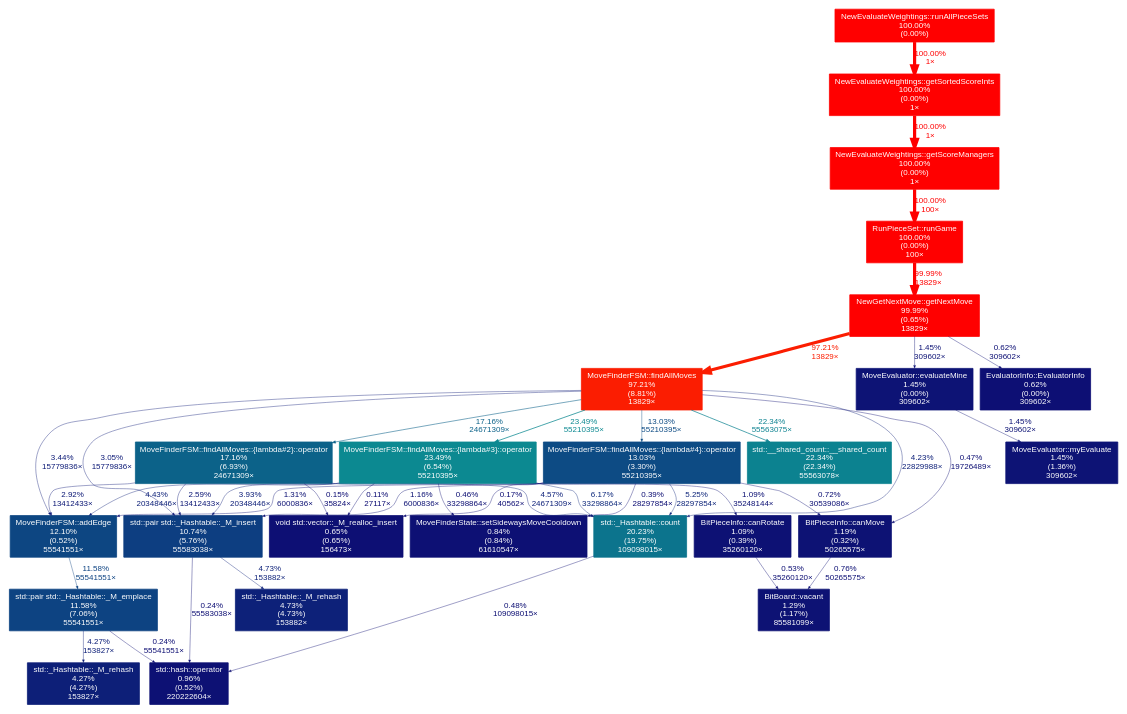
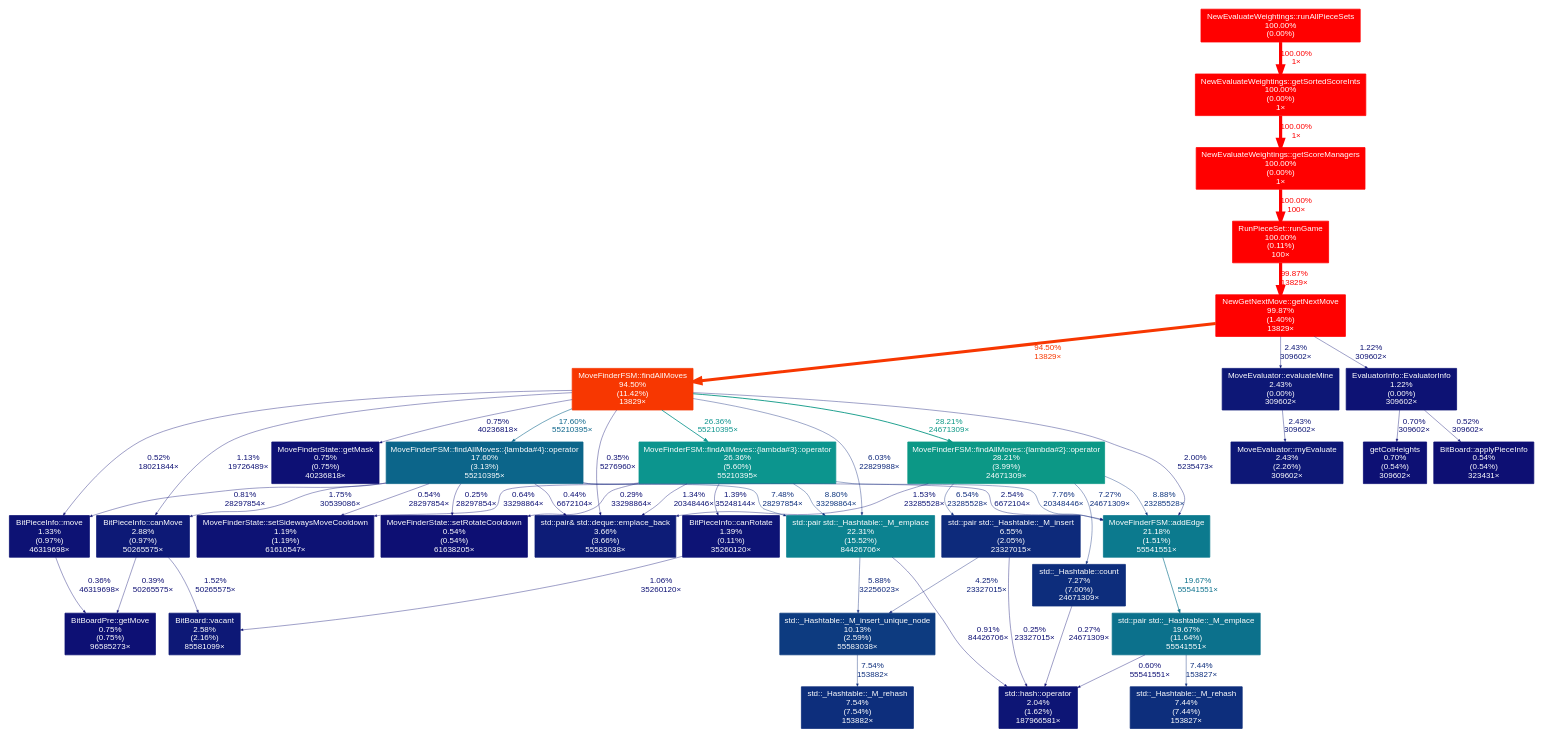
Before and after one commit to domsleee/tetrisai: the diagram in cpp/scripts/hi.dot, drawn with Graphviz. The commit also changed 9 other files, not shown here.

```diff
--- a/cpp/scripts/hi.dot
+++ b/cpp/scripts/hi.dot
@@ -8,63 +8,79 @@
 	2 -> 1 [arrowsize="1.00", color="#ff0000", fontcolor="#ff0000", fontsize="10.00", label="100.00%\n1×", labeldistance="4.00", penwidth="4.00"];
 	3 [color="#ff0000", fontcolor="#ffffff", fontsize="10.00", label="NewEvaluateWeightings::runAllPieceSets\n100.00%\n(0.00%)"];
 	3 -> 2 [arrowsize="1.00", color="#ff0000", fontcolor="#ff0000", fontsize="10.00", label="100.00%\n1×", labeldistance="4.00", penwidth="4.00"];
-	4 [color="#ff0000", fontcolor="#ffffff", fontsize="10.00", label="RunPieceSet::runGame\n100.00%\n(0.00%)\n100×"];
-	4 -> 5 [arrowsize="1.00", color="#ff0000", fontcolor="#ff0000", fontsize="10.00", label="99.99%\n13829×", labeldistance="4.00", penwidth="4.00"];
-	5 [color="#ff0000", fontcolor="#ffffff", fontsize="10.00", label="NewGetNextMove::getNextMove\n99.99%\n(0.65%)\n13829×"];
-	5 -> 6 [arrowsize="0.99", color="#fb1d01", fontcolor="#fb1d01", fontsize="10.00", label="97.21%\n13829×", labeldistance="3.89", penwidth="3.89"];
-	5 -> 18 [arrowsize="0.35", color="#0d1375", fontcolor="#0d1375", fontsize="10.00", label="1.45%\n309602×", labeldistance="0.50", penwidth="0.50"];
-	5 -> 25 [arrowsize="0.35", color="#0d0f74", fontcolor="#0d0f74", fontsize="10.00", label="0.62%\n309602×", labeldistance="0.50", penwidth="0.50"];
-	6 [color="#fb1d01", fontcolor="#ffffff", fontsize="10.00", label="MoveFinderFSM::findAllMoves\n97.21%\n(8.81%)\n13829×"];
-	6 -> 7 [arrowsize="0.48", color="#0c8991", fontcolor="#0c8991", fontsize="10.00", label="23.49%\n55210395×", labeldistance="0.94", penwidth="0.94"];
-	6 -> 8 [arrowsize="0.47", color="#0c8290", fontcolor="#0c8290", fontsize="10.00", label="22.34%\n55563075×", labeldistance="0.89", penwidth="0.89"];
-	6 -> 9 [arrowsize="0.35", color="#0d1f78", fontcolor="#0d1f78", fontsize="10.00", label="4.23%\n22829988×", labeldistance="0.50", penwidth="0.50"];
-	6 -> 10 [arrowsize="0.41", color="#0c6289", fontcolor="#0c6289", fontsize="10.00", label="17.16%\n24671309×", labeldistance="0.69", penwidth="0.69"];
-	6 -> 11 [arrowsize="0.36", color="#0d4b84", fontcolor="#0d4b84", fontsize="10.00", label="13.03%\n55210395×", labeldistance="0.52", penwidth="0.52"];
-	6 -> 12 [arrowsize="0.35", color="#0d1b77", fontcolor="#0d1b77", fontsize="10.00", label="3.44%\n15779836×", labeldistance="0.50", penwidth="0.50"];
-	6 -> 14 [arrowsize="0.35", color="#0d1a77", fontcolor="#0d1a77", fontsize="10.00", label="3.05%\n15779836×", labeldistance="0.50", penwidth="0.50"];
-	6 -> 20 [arrowsize="0.35", color="#0d0f73", fontcolor="#0d0f73", fontsize="10.00", label="0.47%\n19726489×", labeldistance="0.50", penwidth="0.50"];
-	7 [color="#0c8991", fontcolor="#ffffff", fontsize="10.00", label="MoveFinderFSM::findAllMoves::{lambda#3}::operator\n23.49%\n(6.54%)\n55210395×"];
-	7 -> 9 [arrowsize="0.35", color="#0d287b", fontcolor="#0d287b", fontsize="10.00", label="6.17%\n33298864×", labeldistance="0.50", penwidth="0.50"];
-	7 -> 12 [arrowsize="0.35", color="#0d2078", fontcolor="#0d2078", fontsize="10.00", label="4.43%\n20348446×", labeldistance="0.50", penwidth="0.50"];
-	7 -> 14 [arrowsize="0.35", color="#0d1e78", fontcolor="#0d1e78", fontsize="10.00", label="3.93%\n20348446×", labeldistance="0.50", penwidth="0.50"];
-	7 -> 21 [arrowsize="0.35", color="#0d1174", fontcolor="#0d1174", fontsize="10.00", label="1.09%\n35248144×", labeldistance="0.50", penwidth="0.50"];
-	7 -> 23 [arrowsize="0.35", color="#0d0f73", fontcolor="#0d0f73", fontsize="10.00", label="0.46%\n33298864×", labeldistance="0.50", penwidth="0.50"];
-	7 -> 24 [arrowsize="0.35", color="#0d0d73", fontcolor="#0d0d73", fontsize="10.00", label="0.11%\n27117×", labeldistance="0.50", penwidth="0.50"];
-	8 [color="#0c8290", fontcolor="#ffffff", fontsize="10.00", label="std::__shared_count::__shared_count\n22.34%\n(22.34%)\n55563078×"];
-	9 [color="#0c748d", fontcolor="#ffffff", fontsize="10.00", label="std::_Hashtable::count\n20.23%\n(19.75%)\n109098015×"];
-	9 -> 22 [arrowsize="0.35", color="#0d0f73", fontcolor="#0d0f73", fontsize="10.00", label="0.48%\n109098015×", labeldistance="0.50", penwidth="0.50"];
-	10 [color="#0c6289", fontcolor="#ffffff", fontsize="10.00", label="MoveFinderFSM::findAllMoves::{lambda#2}::operator\n17.16%\n(6.93%)\n24671309×"];
-	10 -> 9 [arrowsize="0.35", color="#0d2079", fontcolor="#0d2079", fontsize="10.00", label="4.57%\n24671309×", labeldistance="0.50", penwidth="0.50"];
-	10 -> 12 [arrowsize="0.35", color="#0d1976", fontcolor="#0d1976", fontsize="10.00", label="2.92%\n13412433×", labeldistance="0.50", penwidth="0.50"];
-	10 -> 14 [arrowsize="0.35", color="#0d1876", fontcolor="#0d1876", fontsize="10.00", label="2.59%\n13412433×", labeldistance="0.50", penwidth="0.50"];
-	10 -> 24 [arrowsize="0.35", color="#0d0d73", fontcolor="#0d0d73", fontsize="10.00", label="0.15%\n35824×", labeldistance="0.50", penwidth="0.50"];
-	11 [color="#0d4b84", fontcolor="#ffffff", fontsize="10.00", label="MoveFinderFSM::findAllMoves::{lambda#4}::operator\n13.03%\n(3.30%)\n55210395×"];
-	11 -> 9 [arrowsize="0.35", color="#0d2479", fontcolor="#0d2479", fontsize="10.00", label="5.25%\n28297854×", labeldistance="0.50", penwidth="0.50"];
-	11 -> 12 [arrowsize="0.35", color="#0d1274", fontcolor="#0d1274", fontsize="10.00", label="1.31%\n6000836×", labeldistance="0.50", penwidth="0.50"];
-	11 -> 14 [arrowsize="0.35", color="#0d1274", fontcolor="#0d1274", fontsize="10.00", label="1.16%\n6000836×", labeldistance="0.50", penwidth="0.50"];
-	11 -> 20 [arrowsize="0.35", color="#0d1074", fontcolor="#0d1074", fontsize="10.00", label="0.72%\n30539086×", labeldistance="0.50", penwidth="0.50"];
-	11 -> 23 [arrowsize="0.35", color="#0d0e73", fontcolor="#0d0e73", fontsize="10.00", label="0.39%\n28297854×", labeldistance="0.50", penwidth="0.50"];
-	11 -> 24 [arrowsize="0.35", color="#0d0d73", fontcolor="#0d0d73", fontsize="10.00", label="0.17%\n40562×", labeldistance="0.50", penwidth="0.50"];
-	12 [color="#0d4682", fontcolor="#ffffff", fontsize="10.00", label="MoveFinderFSM::addEdge\n12.10%\n(0.52%)\n55541551×"];
-	12 -> 13 [arrowsize="0.35", color="#0d4382", fontcolor="#0d4382", fontsize="10.00", label="11.58%\n55541551×", labeldistance="0.50", penwidth="0.50"];
-	13 [color="#0d4382", fontcolor="#ffffff", fontsize="10.00", label="std::pair std::_Hashtable::_M_emplace\n11.58%\n(7.06%)\n55541551×"];
-	13 -> 16 [arrowsize="0.35", color="#0d1f78", fontcolor="#0d1f78", fontsize="10.00", label="4.27%\n153827×", labeldistance="0.50", penwidth="0.50"];
-	13 -> 22 [arrowsize="0.35", color="#0d0e73", fontcolor="#0d0e73", fontsize="10.00", label="0.24%\n55541551×", labeldistance="0.50", penwidth="0.50"];
-	14 [color="#0d3e81", fontcolor="#ffffff", fontsize="10.00", label="std::pair std::_Hashtable::_M_insert\n10.74%\n(5.76%)\n55583038×"];
-	14 -> 15 [arrowsize="0.35", color="#0d2179", fontcolor="#0d2179", fontsize="10.00", label="4.73%\n153882×", labeldistance="0.50", penwidth="0.50"];
-	14 -> 22 [arrowsize="0.35", color="#0d0e73", fontcolor="#0d0e73", fontsize="10.00", label="0.24%\n55583038×", labeldistance="0.50", penwidth="0.50"];
-	15 [color="#0d2179", fontcolor="#ffffff", fontsize="10.00", label="std::_Hashtable::_M_rehash\n4.73%\n(4.73%)\n153882×"];
-	16 [color="#0d1f78", fontcolor="#ffffff", fontsize="10.00", label="std::_Hashtable::_M_rehash\n4.27%\n(4.27%)\n153827×"];
-	17 [color="#0d1375", fontcolor="#ffffff", fontsize="10.00", label="MoveEvaluator::myEvaluate\n1.45%\n(1.36%)\n309602×"];
-	18 [color="#0d1375", fontcolor="#ffffff", fontsize="10.00", label="MoveEvaluator::evaluateMine\n1.45%\n(0.00%)\n309602×"];
-	18 -> 17 [arrowsize="0.35", color="#0d1375", fontcolor="#0d1375", fontsize="10.00", label="1.45%\n309602×", labeldistance="0.50", penwidth="0.50"];
-	19 [color="#0d1274", fontcolor="#ffffff", fontsize="10.00", label="BitBoard::vacant\n1.29%\n(1.17%)\n85581099×"];
-	20 [color="#0d1274", fontcolor="#ffffff", fontsize="10.00", label="BitPieceInfo::canMove\n1.19%\n(0.32%)\n50265575×"];
-	20 -> 19 [arrowsize="0.35", color="#0d1074", fontcolor="#0d1074", fontsize="10.00", label="0.76%\n50265575×", labeldistance="0.50", penwidth="0.50"];
-	21 [color="#0d1174", fontcolor="#ffffff", fontsize="10.00", label="BitPieceInfo::canRotate\n1.09%\n(0.39%)\n35260120×"];
-	21 -> 19 [arrowsize="0.35", color="#0d0f73", fontcolor="#0d0f73", fontsize="10.00", label="0.53%\n35260120×", labeldistance="0.50", penwidth="0.50"];
-	22 [color="#0d1174", fontcolor="#ffffff", fontsize="10.00", label="std::hash::operator\n0.96%\n(0.52%)\n220222604×"];
-	23 [color="#0d1074", fontcolor="#ffffff", fontsize="10.00", label="MoveFinderState::setSidewaysMoveCooldown\n0.84%\n(0.84%)\n61610547×"];
-	24 [color="#0d0f74", fontcolor="#ffffff", fontsize="10.00", label="void std::vector::_M_realloc_insert\n0.65%\n(0.65%)\n156473×"];
-	25 [color="#0d0f74", fontcolor="#ffffff", fontsize="10.00", label="EvaluatorInfo::EvaluatorInfo\n0.62%\n(0.00%)\n309602×"];
+	4 [color="#ff0000", fontcolor="#ffffff", fontsize="10.00", label="RunPieceSet::runGame\n100.00%\n(0.11%)\n100×"];
+	4 -> 5 [arrowsize="1.00", color="#ff0100", fontcolor="#ff0100", fontsize="10.00", label="99.87%\n13829×", labeldistance="3.99", penwidth="3.99"];
+	5 [color="#ff0100", fontcolor="#ffffff", fontsize="10.00", label="NewGetNextMove::getNextMove\n99.87%\n(1.40%)\n13829×"];
+	5 -> 6 [arrowsize="0.97", color="#f73701", fontcolor="#f73701", fontsize="10.00", label="94.50%\n13829×", labeldistance="3.78", penwidth="3.78"];
+	5 -> 22 [arrowsize="0.35", color="#0d1776", fontcolor="#0d1776", fontsize="10.00", label="2.43%\n309602×", labeldistance="0.50", penwidth="0.50"];
+	5 -> 26 [arrowsize="0.35", color="#0d1274", fontcolor="#0d1274", fontsize="10.00", label="1.22%\n309602×", labeldistance="0.50", penwidth="0.50"];
+	6 [color="#f73701", fontcolor="#ffffff", fontsize="10.00", label="MoveFinderFSM::findAllMoves\n94.50%\n(11.42%)\n13829×"];
+	6 -> 7 [arrowsize="0.53", color="#0c9886", fontcolor="#0c9886", fontsize="10.00", label="28.21%\n24671309×", labeldistance="1.13", penwidth="1.13"];
+	6 -> 8 [arrowsize="0.51", color="#0c958e", fontcolor="#0c958e", fontsize="10.00", label="26.36%\n55210395×", labeldistance="1.05", penwidth="1.05"];
+	6 -> 9 [arrowsize="0.35", color="#0d277a", fontcolor="#0d277a", fontsize="10.00", label="6.03%\n22829988×", labeldistance="0.50", penwidth="0.50"];
+	6 -> 10 [arrowsize="0.35", color="#0d1575", fontcolor="#0d1575", fontsize="10.00", label="2.00%\n5235473×", labeldistance="0.50", penwidth="0.50"];
+	6 -> 12 [arrowsize="0.42", color="#0c658a", fontcolor="#0c658a", fontsize="10.00", label="17.60%\n55210395×", labeldistance="0.70", penwidth="0.70"];
+	6 -> 18 [arrowsize="0.35", color="#0d0e73", fontcolor="#0d0e73", fontsize="10.00", label="0.35%\n5276960×", labeldistance="0.50", penwidth="0.50"];
+	6 -> 19 [arrowsize="0.35", color="#0d1174", fontcolor="#0d1174", fontsize="10.00", label="1.13%\n19726489×", labeldistance="0.50", penwidth="0.50"];
+	6 -> 25 [arrowsize="0.35", color="#0d0f73", fontcolor="#0d0f73", fontsize="10.00", label="0.52%\n18021844×", labeldistance="0.50", penwidth="0.50"];
+	6 -> 29 [arrowsize="0.35", color="#0d1074", fontcolor="#0d1074", fontsize="10.00", label="0.75%\n40236818×", labeldistance="0.50", penwidth="0.50"];
+	7 [color="#0c9886", fontcolor="#ffffff", fontsize="10.00", label="MoveFinderFSM::findAllMoves::{lambda#2}::operator\n28.21%\n(3.99%)\n24671309×"];
+	7 -> 10 [arrowsize="0.35", color="#0d357e", fontcolor="#0d357e", fontsize="10.00", label="8.88%\n23285528×", labeldistance="0.50", penwidth="0.50"];
+	7 -> 16 [arrowsize="0.35", color="#0d2d7c", fontcolor="#0d2d7c", fontsize="10.00", label="7.27%\n24671309×", labeldistance="0.50", penwidth="0.50"];
+	7 -> 17 [arrowsize="0.35", color="#0d2a7b", fontcolor="#0d2a7b", fontsize="10.00", label="6.54%\n23285528×", labeldistance="0.50", penwidth="0.50"];
+	7 -> 18 [arrowsize="0.35", color="#0d1375", fontcolor="#0d1375", fontsize="10.00", label="1.53%\n23285528×", labeldistance="0.50", penwidth="0.50"];
+	8 [color="#0c958e", fontcolor="#ffffff", fontsize="10.00", label="MoveFinderFSM::findAllMoves::{lambda#3}::operator\n26.36%\n(5.60%)\n55210395×"];
+	8 -> 9 [arrowsize="0.35", color="#0d357e", fontcolor="#0d357e", fontsize="10.00", label="8.80%\n33298864×", labeldistance="0.50", penwidth="0.50"];
+	8 -> 10 [arrowsize="0.35", color="#0d2f7d", fontcolor="#0d2f7d", fontsize="10.00", label="7.76%\n20348446×", labeldistance="0.50", penwidth="0.50"];
+	8 -> 18 [arrowsize="0.35", color="#0d1274", fontcolor="#0d1274", fontsize="10.00", label="1.34%\n20348446×", labeldistance="0.50", penwidth="0.50"];
+	8 -> 24 [arrowsize="0.35", color="#0d1375", fontcolor="#0d1375", fontsize="10.00", label="1.39%\n35248144×", labeldistance="0.50", penwidth="0.50"];
+	8 -> 27 [arrowsize="0.35", color="#0d0f74", fontcolor="#0d0f74", fontsize="10.00", label="0.64%\n33298864×", labeldistance="0.50", penwidth="0.50"];
+	8 -> 32 [arrowsize="0.35", color="#0d0e73", fontcolor="#0d0e73", fontsize="10.00", label="0.29%\n33298864×", labeldistance="0.50", penwidth="0.50"];
+	9 [color="#0c8290", fontcolor="#ffffff", fontsize="10.00", label="std::pair std::_Hashtable::_M_emplace\n22.31%\n(15.52%)\n84426706×"];
+	9 -> 13 [arrowsize="0.35", color="#0d267a", fontcolor="#0d267a", fontsize="10.00", label="5.88%\n32256023×", labeldistance="0.50", penwidth="0.50"];
+	9 -> 23 [arrowsize="0.35", color="#0d1174", fontcolor="#0d1174", fontsize="10.00", label="0.91%\n84426706×", labeldistance="0.50", penwidth="0.50"];
+	10 [color="#0c7a8e", fontcolor="#ffffff", fontsize="10.00", label="MoveFinderFSM::addEdge\n21.18%\n(1.51%)\n55541551×"];
+	10 -> 11 [arrowsize="0.44", color="#0c718c", fontcolor="#0c718c", fontsize="10.00", label="19.67%\n55541551×", labeldistance="0.79", penwidth="0.79"];
+	11 [color="#0c718c", fontcolor="#ffffff", fontsize="10.00", label="std::pair std::_Hashtable::_M_emplace\n19.67%\n(11.64%)\n55541551×"];
+	11 -> 15 [arrowsize="0.35", color="#0d2e7c", fontcolor="#0d2e7c", fontsize="10.00", label="7.44%\n153827×", labeldistance="0.50", penwidth="0.50"];
+	11 -> 23 [arrowsize="0.35", color="#0d0f74", fontcolor="#0d0f74", fontsize="10.00", label="0.60%\n55541551×", labeldistance="0.50", penwidth="0.50"];
+	12 [color="#0c658a", fontcolor="#ffffff", fontsize="10.00", label="MoveFinderFSM::findAllMoves::{lambda#4}::operator\n17.60%\n(3.13%)\n55210395×"];
+	12 -> 9 [arrowsize="0.35", color="#0d2e7c", fontcolor="#0d2e7c", fontsize="10.00", label="7.48%\n28297854×", labeldistance="0.50", penwidth="0.50"];
+	12 -> 10 [arrowsize="0.35", color="#0d1776", fontcolor="#0d1776", fontsize="10.00", label="2.54%\n6672104×", labeldistance="0.50", penwidth="0.50"];
+	12 -> 18 [arrowsize="0.35", color="#0d0f73", fontcolor="#0d0f73", fontsize="10.00", label="0.44%\n6672104×", labeldistance="0.50", penwidth="0.50"];
+	12 -> 19 [arrowsize="0.35", color="#0d1475", fontcolor="#0d1475", fontsize="10.00", label="1.75%\n30539086×", labeldistance="0.50", penwidth="0.50"];
+	12 -> 25 [arrowsize="0.35", color="#0d1074", fontcolor="#0d1074", fontsize="10.00", label="0.81%\n28297854×", labeldistance="0.50", penwidth="0.50"];
+	12 -> 27 [arrowsize="0.35", color="#0d0f73", fontcolor="#0d0f73", fontsize="10.00", label="0.54%\n28297854×", labeldistance="0.50", penwidth="0.50"];
+	12 -> 32 [arrowsize="0.35", color="#0d0e73", fontcolor="#0d0e73", fontsize="10.00", label="0.25%\n28297854×", labeldistance="0.50", penwidth="0.50"];
+	13 [color="#0d3b80", fontcolor="#ffffff", fontsize="10.00", label="std::_Hashtable::_M_insert_unique_node\n10.13%\n(2.59%)\n55583038×"];
+	13 -> 14 [arrowsize="0.35", color="#0d2e7c", fontcolor="#0d2e7c", fontsize="10.00", label="7.54%\n153882×", labeldistance="0.50", penwidth="0.50"];
+	14 [color="#0d2e7c", fontcolor="#ffffff", fontsize="10.00", label="std::_Hashtable::_M_rehash\n7.54%\n(7.54%)\n153882×"];
+	15 [color="#0d2e7c", fontcolor="#ffffff", fontsize="10.00", label="std::_Hashtable::_M_rehash\n7.44%\n(7.44%)\n153827×"];
+	16 [color="#0d2d7c", fontcolor="#ffffff", fontsize="10.00", label="std::_Hashtable::count\n7.27%\n(7.00%)\n24671309×"];
+	16 -> 23 [arrowsize="0.35", color="#0d0e73", fontcolor="#0d0e73", fontsize="10.00", label="0.27%\n24671309×", labeldistance="0.50", penwidth="0.50"];
+	17 [color="#0d2a7b", fontcolor="#ffffff", fontsize="10.00", label="std::pair std::_Hashtable::_M_insert\n6.55%\n(2.05%)\n23327015×"];
+	17 -> 13 [arrowsize="0.35", color="#0d1f78", fontcolor="#0d1f78", fontsize="10.00", label="4.25%\n23327015×", labeldistance="0.50", penwidth="0.50"];
+	17 -> 23 [arrowsize="0.35", color="#0d0e73", fontcolor="#0d0e73", fontsize="10.00", label="0.25%\n23327015×", labeldistance="0.50", penwidth="0.50"];
+	18 [color="#0d1c77", fontcolor="#ffffff", fontsize="10.00", label="std::pair& std::deque::emplace_back\n3.66%\n(3.66%)\n55583038×"];
+	19 [color="#0d1976", fontcolor="#ffffff", fontsize="10.00", label="BitPieceInfo::canMove\n2.88%\n(0.97%)\n50265575×"];
+	19 -> 20 [arrowsize="0.35", color="#0d1375", fontcolor="#0d1375", fontsize="10.00", label="1.52%\n50265575×", labeldistance="0.50", penwidth="0.50"];
+	19 -> 28 [arrowsize="0.35", color="#0d0e73", fontcolor="#0d0e73", fontsize="10.00", label="0.39%\n50265575×", labeldistance="0.50", penwidth="0.50"];
+	20 [color="#0d1876", fontcolor="#ffffff", fontsize="10.00", label="BitBoard::vacant\n2.58%\n(2.16%)\n85581099×"];
+	21 [color="#0d1776", fontcolor="#ffffff", fontsize="10.00", label="MoveEvaluator::myEvaluate\n2.43%\n(2.26%)\n309602×"];
+	22 [color="#0d1776", fontcolor="#ffffff", fontsize="10.00", label="MoveEvaluator::evaluateMine\n2.43%\n(0.00%)\n309602×"];
+	22 -> 21 [arrowsize="0.35", color="#0d1776", fontcolor="#0d1776", fontsize="10.00", label="2.43%\n309602×", labeldistance="0.50", penwidth="0.50"];
+	23 [color="#0d1575", fontcolor="#ffffff", fontsize="10.00", label="std::hash::operator\n2.04%\n(1.62%)\n187966581×"];
+	24 [color="#0d1375", fontcolor="#ffffff", fontsize="10.00", label="BitPieceInfo::canRotate\n1.39%\n(0.11%)\n35260120×"];
+	24 -> 20 [arrowsize="0.35", color="#0d1174", fontcolor="#0d1174", fontsize="10.00", label="1.06%\n35260120×", labeldistance="0.50", penwidth="0.50"];
+	25 [color="#0d1274", fontcolor="#ffffff", fontsize="10.00", label="BitPieceInfo::move\n1.33%\n(0.97%)\n46319698×"];
+	25 -> 28 [arrowsize="0.35", color="#0d0e73", fontcolor="#0d0e73", fontsize="10.00", label="0.36%\n46319698×", labeldistance="0.50", penwidth="0.50"];
+	26 [color="#0d1274", fontcolor="#ffffff", fontsize="10.00", label="EvaluatorInfo::EvaluatorInfo\n1.22%\n(0.00%)\n309602×"];
+	26 -> 30 [arrowsize="0.35", color="#0d1074", fontcolor="#0d1074", fontsize="10.00", label="0.70%\n309602×", labeldistance="0.50", penwidth="0.50"];
+	26 -> 31 [arrowsize="0.35", color="#0d0f73", fontcolor="#0d0f73", fontsize="10.00", label="0.52%\n309602×", labeldistance="0.50", penwidth="0.50"];
+	27 [color="#0d1274", fontcolor="#ffffff", fontsize="10.00", label="MoveFinderState::setSidewaysMoveCooldown\n1.19%\n(1.19%)\n61610547×"];
+	28 [color="#0d1074", fontcolor="#ffffff", fontsize="10.00", label="BitBoardPre::getMove\n0.75%\n(0.75%)\n96585273×"];
+	29 [color="#0d1074", fontcolor="#ffffff", fontsize="10.00", label="MoveFinderState::getMask\n0.75%\n(0.75%)\n40236818×"];
+	30 [color="#0d1074", fontcolor="#ffffff", fontsize="10.00", label="getColHeights\n0.70%\n(0.54%)\n309602×"];
+	31 [color="#0d0f73", fontcolor="#ffffff", fontsize="10.00", label="BitBoard::applyPieceInfo\n0.54%\n(0.54%)\n323431×"];
+	32 [color="#0d0f73", fontcolor="#ffffff", fontsize="10.00", label="MoveFinderState::setRotateCooldown\n0.54%\n(0.54%)\n61638205×"];
 }
```
